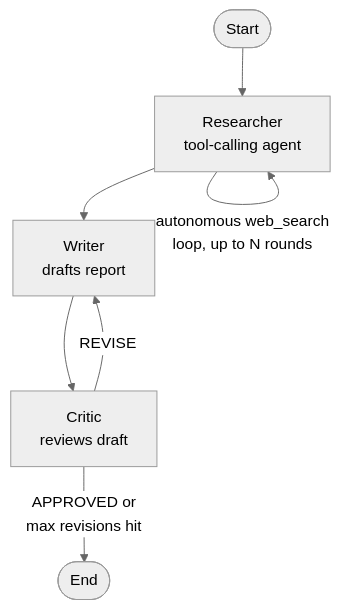
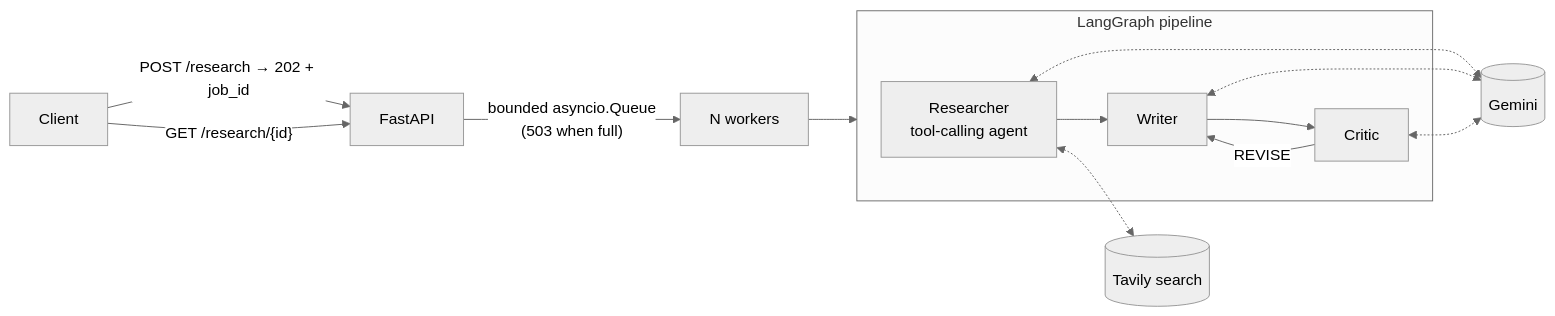
One commit to szuhunghsiao/multi-agent-research-assistant changed the diagram in README.md. Above: the diagram before and after it, drawn with Mermaid (neutral theme). The commit also changed other lines of this file, not shown here.

Commit message:
Rewrite README for the service: architecture, API, config, eval, observability, limitations

````diff
--- a/README.md
+++ b/README.md
@@ -12,9 +11,15 @@
 ```mermaid
-flowchart TD
-    START([Start]) --> R[Researcher<br/>tool-calling agent]
-    R -->|autonomous web_search<br/>loop, up to N rounds| R
-    R --> W[Writer<br/>drafts report]
-    W --> C[Critic<br/>reviews draft]
-    C -->|REVISE| W
-    C -->|APPROVED or<br/>max revisions hit| END([End])
+flowchart LR
+    C[Client] -- "POST /research → 202 + job_id" --> API[FastAPI]
+    C -- "GET /research/{id}" --> API
+    API -- "bounded asyncio.Queue<br/>(503 when full)" --> W[N workers]
+    W --> G
+
+    subgraph G[LangGraph pipeline]
+        R[Researcher<br/>tool-calling agent] --> WR[Writer] --> CR[Critic]
+        CR -- REVISE --> WR
+    end
+
+    R <-.-> T[(Tavily search)]
+    R & WR & CR <-.-> GM[(Gemini)]
 ```
````
